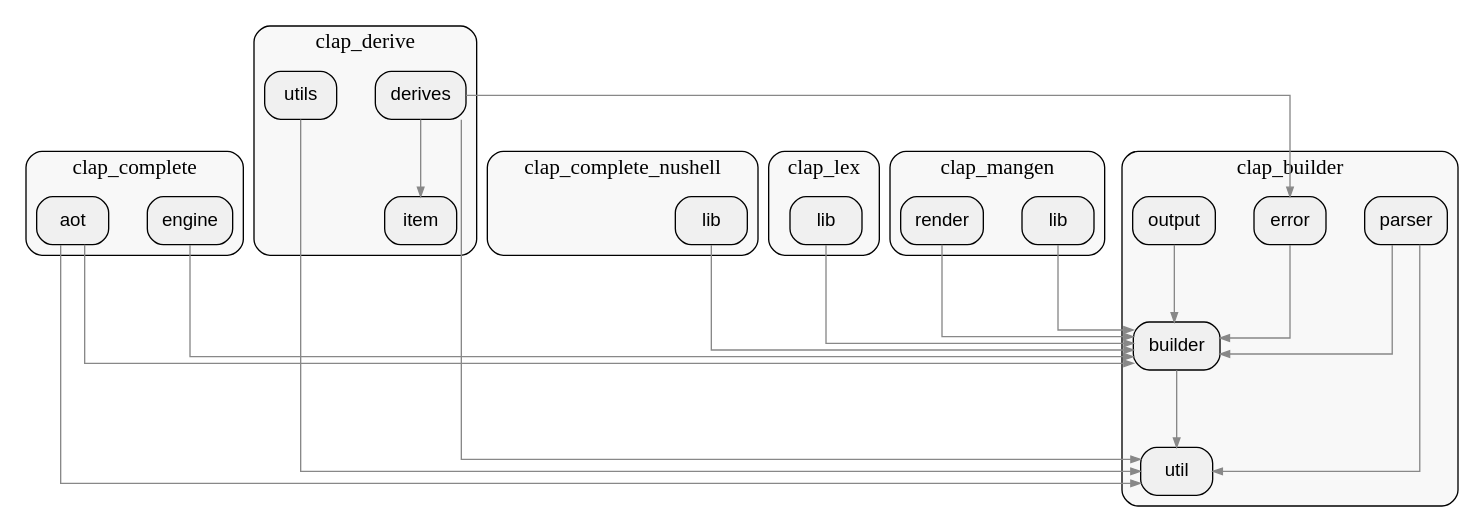
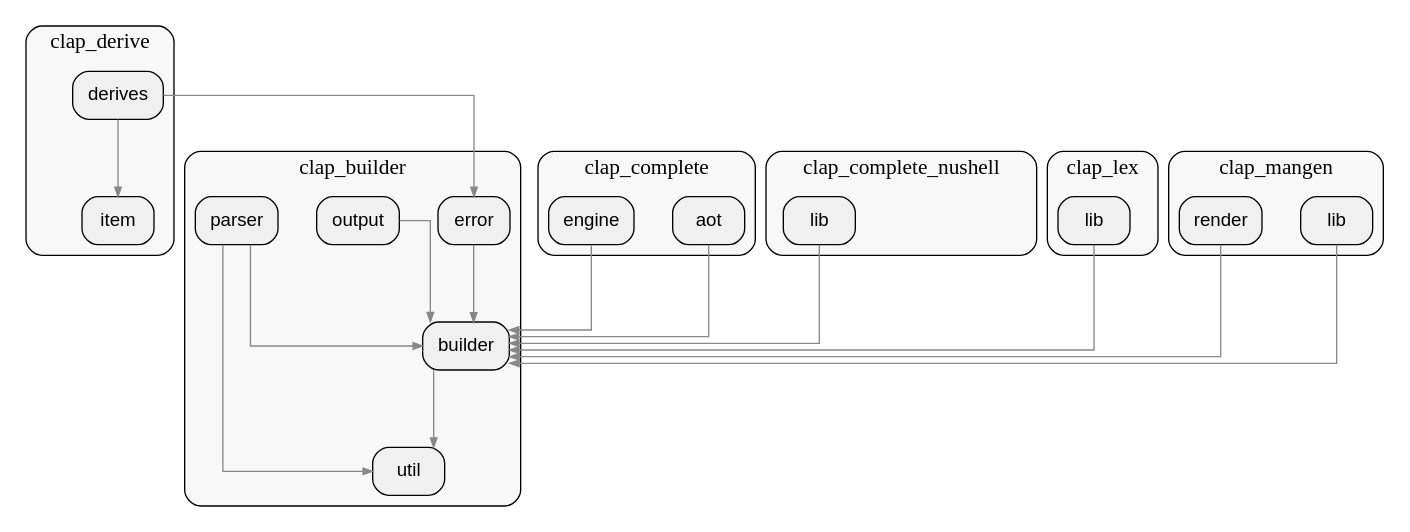
Before and after one commit to allenanswerzq/llmcc: the diagram in sample/rust/clap-pagerank/depth_2_module.dot, drawn with Graphviz. The commit also changed 361 other files, not shown here.

Commit message:
llmcc-sample: more rust projects

```diff
--- a/sample/rust/clap-pagerank/depth_2_module.dot
+++ b/sample/rust/clap-pagerank/depth_2_module.dot
@@ -1,87 +1,83 @@
 digraph architecture {
   rankdir=TB;
   ranksep=0.8;
   nodesep=0.4;
   splines=ortho;
   concentrate=true;
 
   node [shape=box, style="rounded,filled", fillcolor="#f0f0f0", fontname="Helvetica"];
   edge [color="#888888", arrowsize=0.7];
 
   labelloc=t;
   fontsize=16;
 
   subgraph cluster_clap_builder {
     label="clap_builder";
     style=rounded;
     bgcolor="#f8f8f8";
 
     mod_clap_builder_builder[label="builder", path="/home/yibai/llmcc/sample/repos/clap/clap_builder/src/builder"];
     mod_clap_builder_error[label="error", path="/home/yibai/llmcc/sample/repos/clap/clap_builder/src/error"];
     mod_clap_builder_output[label="output", path="/home/yibai/llmcc/sample/repos/clap/clap_builder/src/output"];
     mod_clap_builder_parser[label="parser", path="/home/yibai/llmcc/sample/repos/clap/clap_builder/src/parser"];
     mod_clap_builder_util[label="util", path="/home/yibai/llmcc/sample/repos/clap/clap_builder/src/util"];
   }
 
   subgraph cluster_clap_complete {
     label="clap_complete";
     style=rounded;
     bgcolor="#f8f8f8";
 
     mod_clap_complete_aot[label="aot", path="/home/yibai/llmcc/sample/repos/clap/clap_complete/src/aot"];
     mod_clap_complete_engine[label="engine", path="/home/yibai/llmcc/sample/repos/clap/clap_complete/src/engine"];
   }
 
   subgraph cluster_clap_complete_nushell {
     label="clap_complete_nushell";
     style=rounded;
     bgcolor="#f8f8f8";
 
     mod_clap_complete_nushell_lib[label="lib", path="/home/yibai/llmcc/sample/repos/clap/clap_complete_nushell/src"];
   }
 
   subgraph cluster_clap_derive {
     label="clap_derive";
     style=rounded;
     bgcolor="#f8f8f8";
 
     mod_clap_derive_derives[label="derives", path="/home/yibai/llmcc/sample/repos/clap/clap_derive/src/derives"];
     mod_clap_derive_item[label="item", path="/home/yibai/llmcc/sample/repos/clap/clap_derive/src"];
-    mod_clap_derive_utils[label="utils", path="/home/yibai/llmcc/sample/repos/clap/clap_derive/src/utils"];
   }
 
   subgraph cluster_clap_lex {
     label="clap_lex";
     style=rounded;
     bgcolor="#f8f8f8";
 
     mod_clap_lex_lib[label="lib", path="/home/yibai/llmcc/sample/repos/clap/clap_lex/src"];
   }
 
   subgraph cluster_clap_mangen {
     label="clap_mangen";
     style=rounded;
     bgcolor="#f8f8f8";
 
     mod_clap_mangen_lib[label="lib", path="/home/yibai/llmcc/sample/repos/clap/clap_mangen/src"];
     mod_clap_mangen_render[label="render", path="/home/yibai/llmcc/sample/repos/clap/clap_mangen/src"];
   }
 
 
   mod_clap_builder_builder -> mod_clap_builder_util;
   mod_clap_builder_error -> mod_clap_builder_builder;
   mod_clap_builder_output -> mod_clap_builder_builder;
   mod_clap_builder_parser -> mod_clap_builder_builder;
   mod_clap_builder_parser -> mod_clap_builder_util;
   mod_clap_complete_aot -> mod_clap_builder_builder;
-  mod_clap_complete_aot -> mod_clap_builder_util;
   mod_clap_complete_engine -> mod_clap_builder_builder;
   mod_clap_complete_nushell_lib -> mod_clap_builder_builder;
   mod_clap_derive_derives -> mod_clap_builder_error;
-  mod_clap_derive_derives -> mod_clap_builder_util;
   mod_clap_derive_derives -> mod_clap_derive_item;
-  mod_clap_derive_utils -> mod_clap_builder_util;
   mod_clap_lex_lib -> mod_clap_builder_builder;
   mod_clap_mangen_lib -> mod_clap_builder_builder;
   mod_clap_mangen_render -> mod_clap_builder_builder;
 }
```
